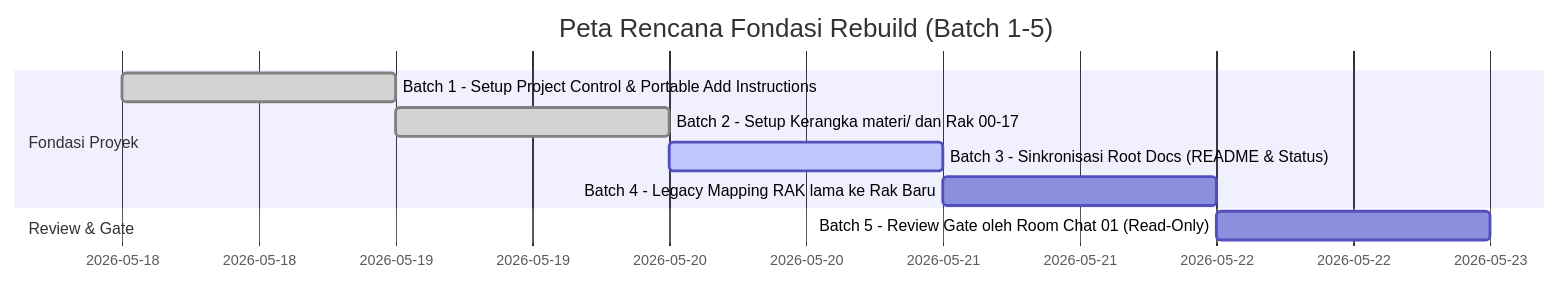
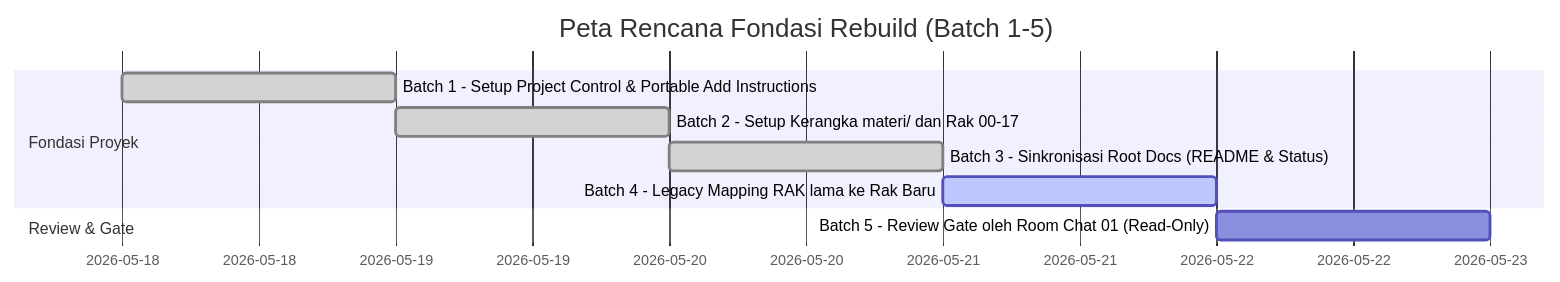
The diagram in docs/project/roadmap-active.md (syahputrawork98-sketch/JavaScript-Learning-Hub), drawn with Mermaid before and after one commit. The commit also changed other lines of this file and 11 other files, not shown here.

Commit message:
docs(project): clean identity docs and add legacy mapping

````diff
--- a/docs/project/roadmap-active.md
+++ b/docs/project/roadmap-active.md
@@ -9,12 +9,12 @@
 ```mermaid
 gantt
     title Peta Rencana Fondasi Rebuild (Batch 1-5)
     dateFormat  YYYY-MM-DD
     section Fondasi Proyek
     Batch 1 - Setup Project Control & Portable Add Instructions :done, des1, 2026-05-18, 1d
     Batch 2 - Setup Kerangka materi/ dan Rak 00-17              :done, des2, after des1, 1d
-    Batch 3 - Sinkronisasi Root Docs (README & Status)           :active, des3, after des2, 1d
-    Batch 4 - Legacy Mapping RAK lama ke Rak Baru               : des4, after des3, 1d
+    Batch 3 - Sinkronisasi Root Docs (README & Status)           :done, des3, after des2, 1d
+    Batch 4 - Legacy Mapping RAK lama ke Rak Baru               :active, des4, after des3, 1d
     section Review & Gate
     Batch 5 - Review Gate oleh Room Chat 01 (Read-Only)          : des5, after des4, 1d
 ```
````
